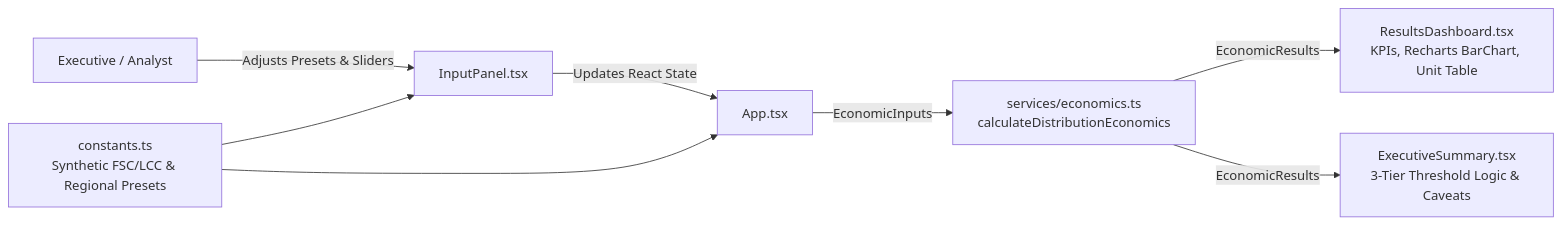
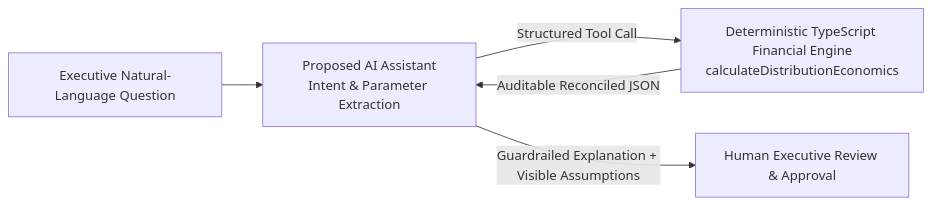
The third of 3 diagrams in README.md (krshankar14/ndc-vs-gds-cost-analyzer-public), drawn with Mermaid before and after one commit. The commit also changed other lines of this file and 41 other files, not shown here.

````diff
--- a/README.md
+++ b/README.md
@@ -62,10 +290,7 @@
 ```mermaid
 flowchart LR
-    U[Executive / Analyst] -->|Adjusts Presets & Sliders| IP[InputPanel.tsx]
-    IP -->|Updates React State| APP[App.tsx]
-    C[constants.ts\nSynthetic FSC/LCC & Regional Presets] --> IP
-    C --> APP
-    APP -->|EconomicInputs| ECO[services/economics.ts\ncalculateDistributionEconomics]
-    ECO -->|EconomicResults| RD[ResultsDashboard.tsx\nKPIs, Recharts BarChart, Unit Table]
-    ECO -->|EconomicResults| ES[ExecutiveSummary.tsx\n3-Tier Threshold Logic & Caveats]
+    U[Executive Natural-Language Question] --> LLM[Proposed AI Assistant\nIntent & Parameter Extraction]
+    LLM -->|Structured Tool Call| ENGINE[Deterministic TypeScript Financial Engine\ncalculateDistributionEconomics]
+    ENGINE -->|Auditable Reconciled JSON| LLM
+    LLM -->|Guardrailed Explanation + Visible Assumptions| REV[Human Executive Review & Approval]
 ```
````
